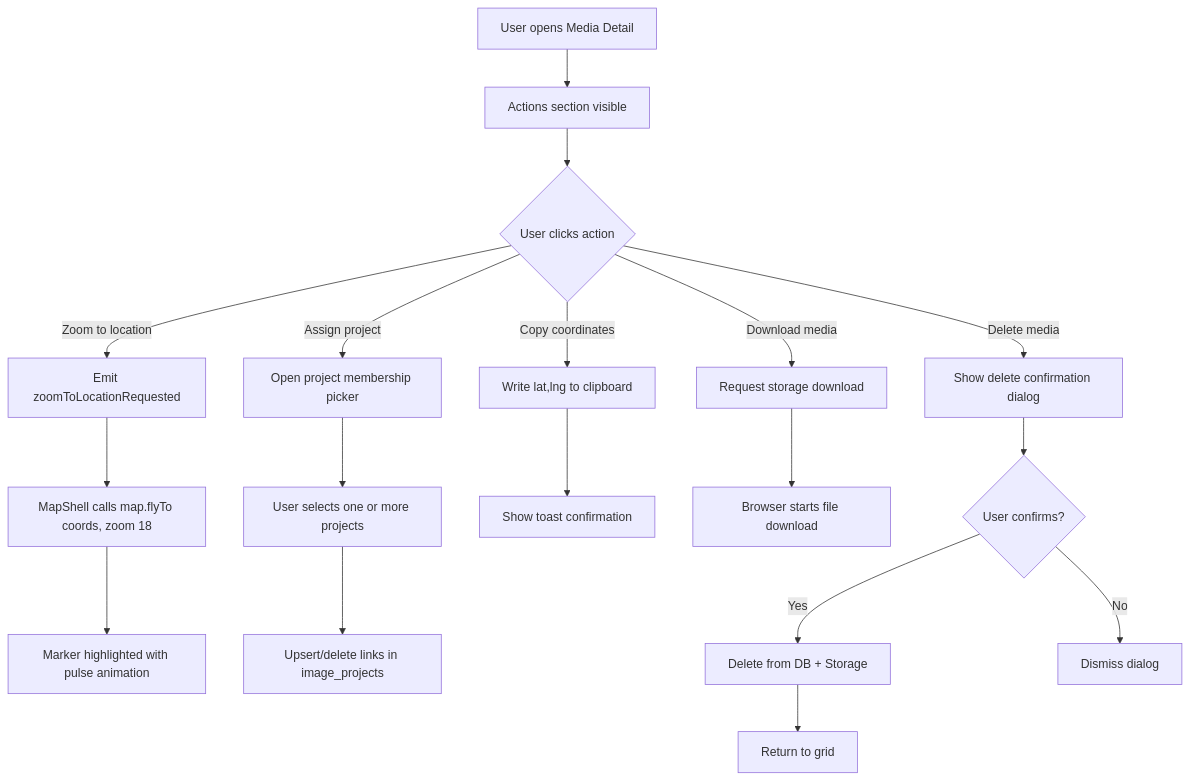
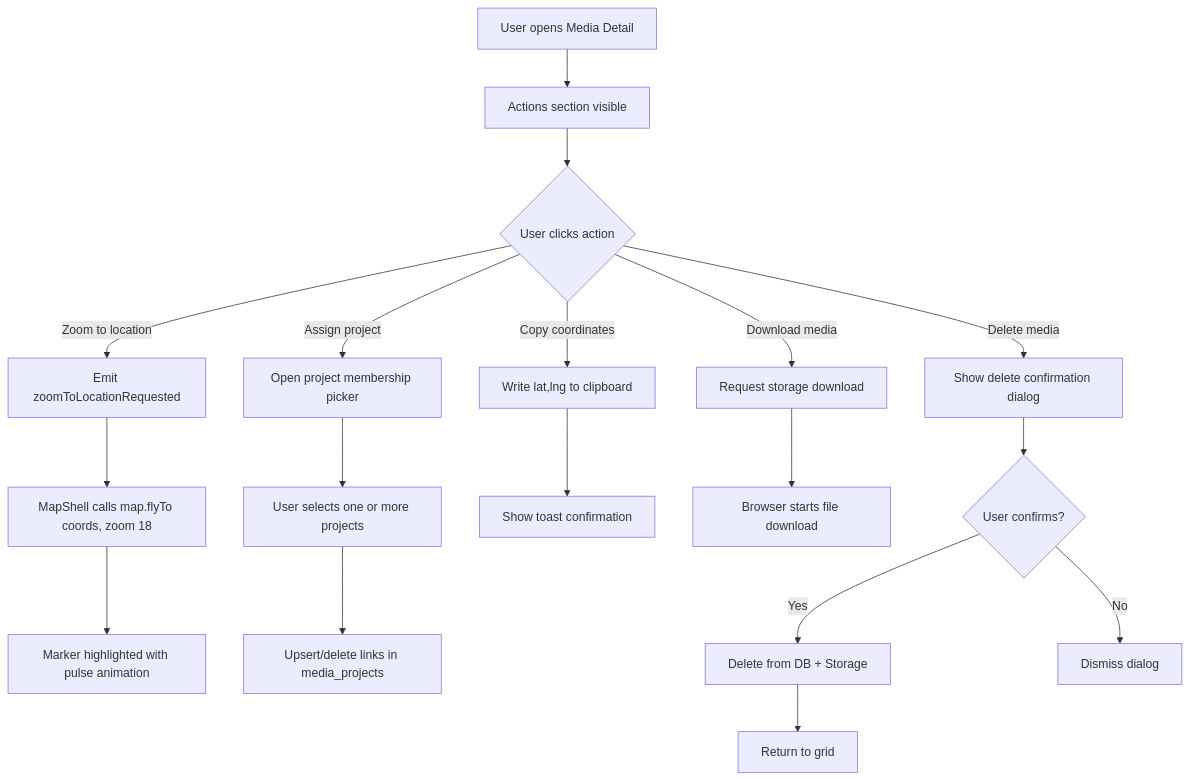
The diagram in docs/specs/ui/media-detail/media-detail-actions.md (matkleve/feldpost), drawn with Mermaid before and after one commit. The commit also changed 26 other files, not shown here.

````diff
--- a/docs/specs/ui/media-detail/media-detail-actions.md
+++ b/docs/specs/ui/media-detail/media-detail-actions.md
@@ -90,25 +90,25 @@
 ```mermaid
 flowchart TD
     A[User opens Media Detail] --> B[Actions section visible]
     B --> C{User clicks action}
 
     C -->|Zoom to location| E[Emit zoomToLocationRequested]
     E --> E1[MapShell calls map.flyTo coords, zoom 18]
     E1 --> E2[Marker highlighted with pulse animation]
 
     C -->|Assign project| F[Open project membership picker]
     F --> F1[User selects one or more projects]
-    F1 --> F2[Upsert/delete links in image_projects]
+    F1 --> F2[Upsert/delete links in media_projects]
 
     C -->|Copy coordinates| G[Write lat,lng to clipboard]
     G --> G1[Show toast confirmation]
 
     C -->|Download media| D1[Request storage download]
     D1 --> D2[Browser starts file download]
 
     C -->|Delete media| H[Show delete confirmation dialog]
     H --> H1{User confirms?}
     H1 -->|Yes| H2[Delete from DB + Storage]
     H2 --> H3[Return to grid]
     H1 -->|No| H4[Dismiss dialog]
 ```
````
